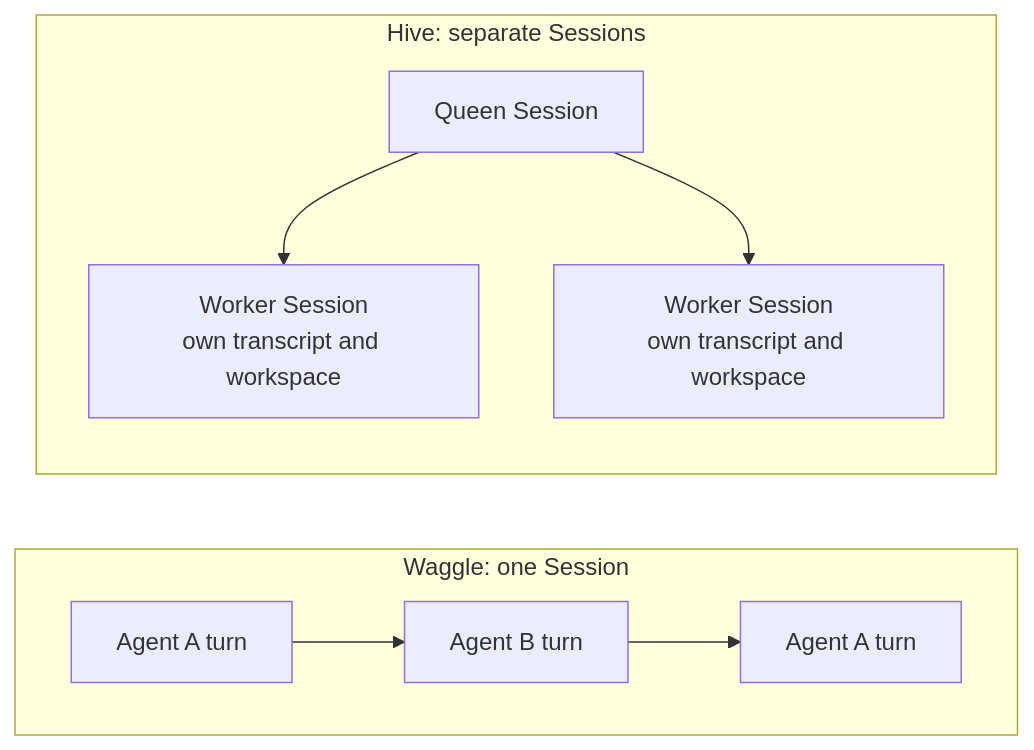
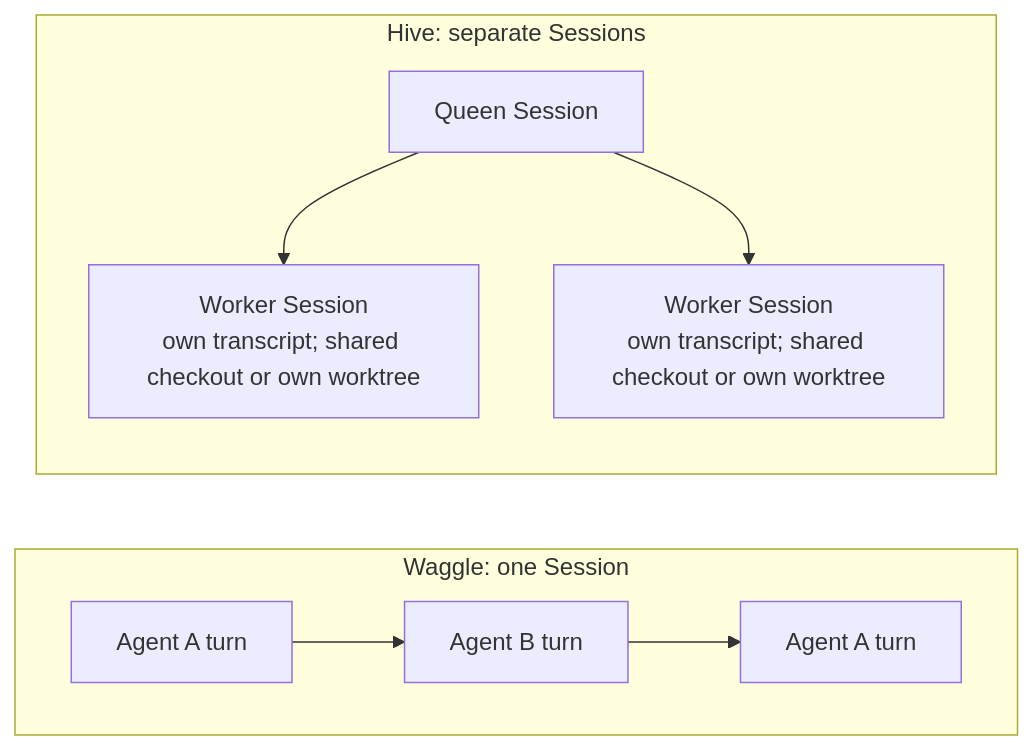
The diagram in website/src/content/docs/using-openwaggle/waggle-mode.md (OpenWaggle/OpenWaggle), drawn with Mermaid before and after one commit. The commit also changed other lines of this file and 12 other files, not shown here.

First line of the commit message:
docs(website): correct diagrams and claims found in the docs review

````diff
--- a/website/src/content/docs/using-openwaggle/waggle-mode.md
+++ b/website/src/content/docs/using-openwaggle/waggle-mode.md
@@ -14,12 +14,12 @@
 ```mermaid
 flowchart LR
   subgraph waggle["Waggle: one Session"]
     direction LR
     A1["Agent A turn"] --> B1["Agent B turn"] --> A2["Agent A turn"]
   end
   subgraph hive["Hive: separate Sessions"]
     direction TB
-    Q["Queen Session"] --> W1["Worker Session<br/>own transcript and workspace"]
-    Q --> W2["Worker Session<br/>own transcript and workspace"]
+    Q["Queen Session"] --> W1["Worker Session<br/>own transcript; shared checkout or own worktree"]
+    Q --> W2["Worker Session<br/>own transcript; shared checkout or own worktree"]
   end
 ```
````
